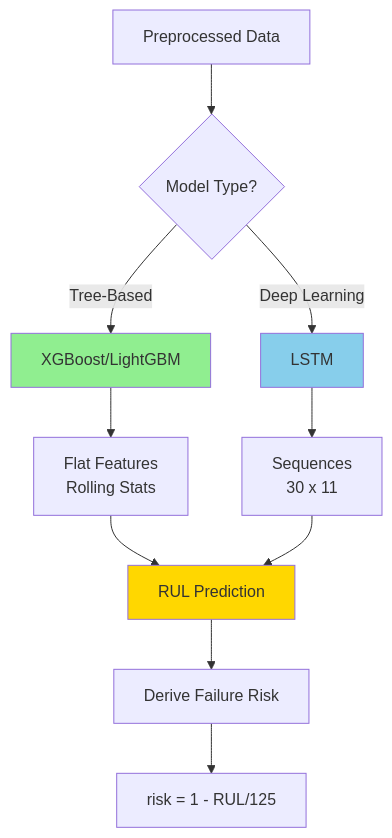
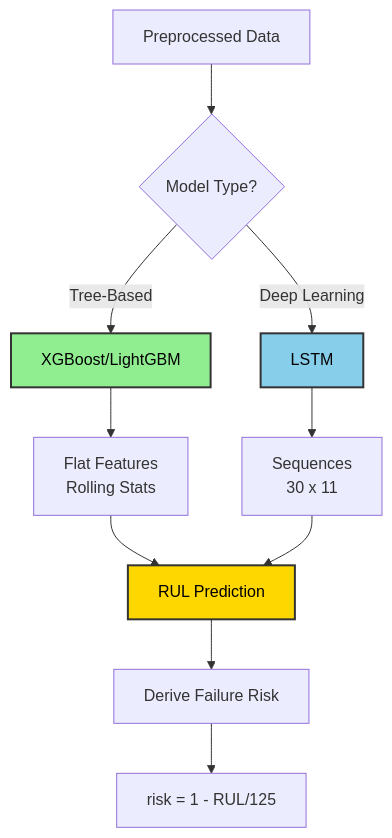
Before and after one commit to nasim-raj-laskar/Real-Time-Aircraft-Engine-Predictive-Maintenance-System: the first of 2 diagrams in docs/04_model_training.md, drawn with Mermaid. The commit also changed other lines of this file and 8 other files, not shown here.

````diff
--- a/docs/04_model_training.md
+++ b/docs/04_model_training.md
@@ -14,19 +14,19 @@
 ```mermaid
 graph TD
     A[Preprocessed Data] --> B{Model Type?}
     B -->|Tree-Based| C[XGBoost/LightGBM]
     B -->|Deep Learning| D[LSTM]
     
     C --> E[Flat Features<br/>Rolling Stats]
     D --> F[Sequences<br/>30 x 11]
     
     E --> G[RUL Prediction]
     F --> G
     
     G --> H[Derive Failure Risk]
     H --> I[risk = 1 - RUL/125]
     
-    style C fill:#90EE90
-    style D fill:#87CEEB
-    style G fill:#FFD700
+    style C fill:#90EE90,stroke:#333,stroke-width:2px,color:#000
+    style D fill:#87CEEB,stroke:#333,stroke-width:2px,color:#000
+    style G fill:#FFD700,stroke:#333,stroke-width:2px,color:#000
 ```
````
